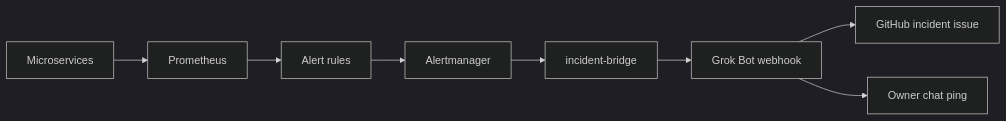
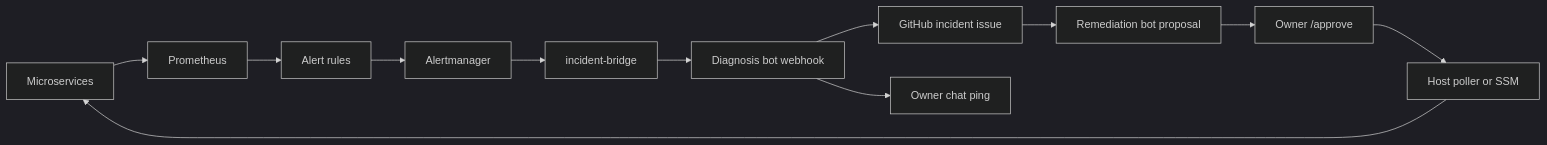
The first of 2 diagrams in README.md (ritvikindupuri/ResilienceOps), drawn with Mermaid (dark theme) before and after one commit. The commit also changed other lines of this file and 40 other files, not shown here.

First line of the commit message:
Add approval-gated Incident Remediation bot (#13)

````diff
--- a/README.md
+++ b/README.md
@@ -77,10 +156,14 @@
 ```mermaid
 flowchart LR
   services[Microservices] --> prom[Prometheus]
   prom --> rules[Alert rules]
   rules --> am[Alertmanager]
   am --> bridge[incident-bridge]
-  bridge --> grok[Grok Bot webhook]
-  grok --> gh[GitHub incident issue]
-  grok --> chat[Owner chat ping]
+  bridge --> diag[Diagnosis bot webhook]
+  diag --> gh[GitHub incident issue]
+  diag --> chat[Owner chat ping]
+  gh --> rem[Remediation bot proposal]
+  rem --> approve["Owner /approve"]
+  approve --> host[Host poller or SSM]
+  host --> services
 ```
````
